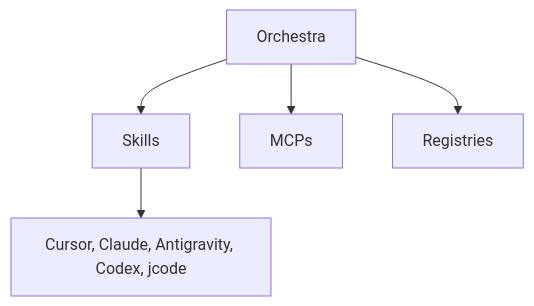
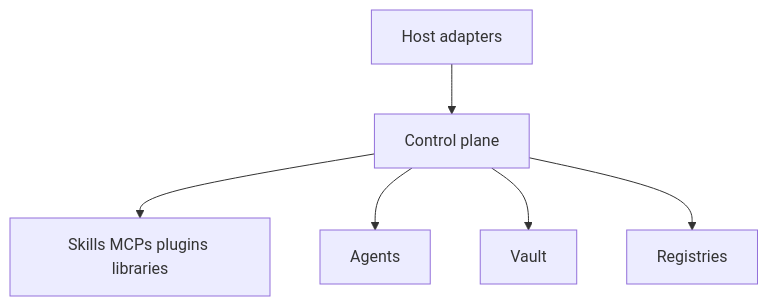
One commit to mahik504/orchestra-workflow changed the second of 10 diagrams in README.md. Above: the diagram before and after it, drawn with Mermaid. The commit also changed other lines of this file and 416 other files, not shown here.

````diff
--- a/README.md
+++ b/README.md
@@ -46,8 +49,9 @@
 ```mermaid
 flowchart TB
-  conductor[Orchestra]
-  conductor --> skills[Skills]
-  conductor --> mcp[MCPs]
-  conductor --> regs[Registries]
-  skills --> hosts["Cursor, Claude, Antigravity, Codex, jcode"]
+  plane[Control plane]
+  plane --> caps[Skills MCPs plugins libraries]
+  plane --> execs[Agents]
+  plane --> memory[Vault]
+  plane --> knowledge[Registries]
+  hosts[Host adapters] --> plane
 ```
````
